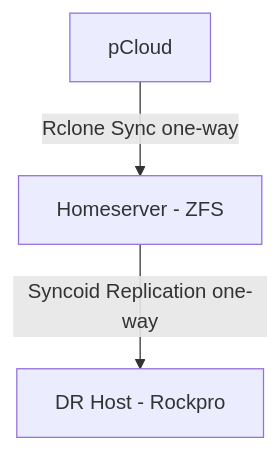
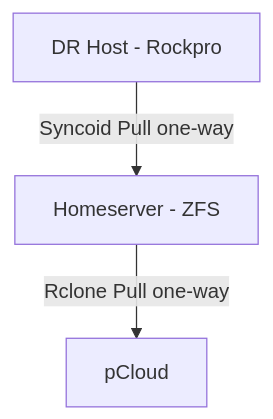
The diagram in docs/operations/backup-dr/index.md (Skovens/homelab-architecture), drawn with Mermaid before and after one commit.

Commit message:
Fix Backup & DR diagram: show pull-based sync direction

````diff
--- a/docs/operations/backup-dr/index.md
+++ b/docs/operations/backup-dr/index.md
@@ -13,5 +13,5 @@
 ```mermaid
 graph TD
-    D[pCloud] -->|Rclone Sync one-way| B[Homeserver - ZFS]
-    B -->|Syncoid Replication one-way| C[DR Host - Rockpro]
+    B[Homeserver - ZFS] -->|Rclone Pull one-way| D[pCloud]
+    C[DR Host - Rockpro] -->|Syncoid Pull one-way| B[Homeserver - ZFS]
 ```
````
